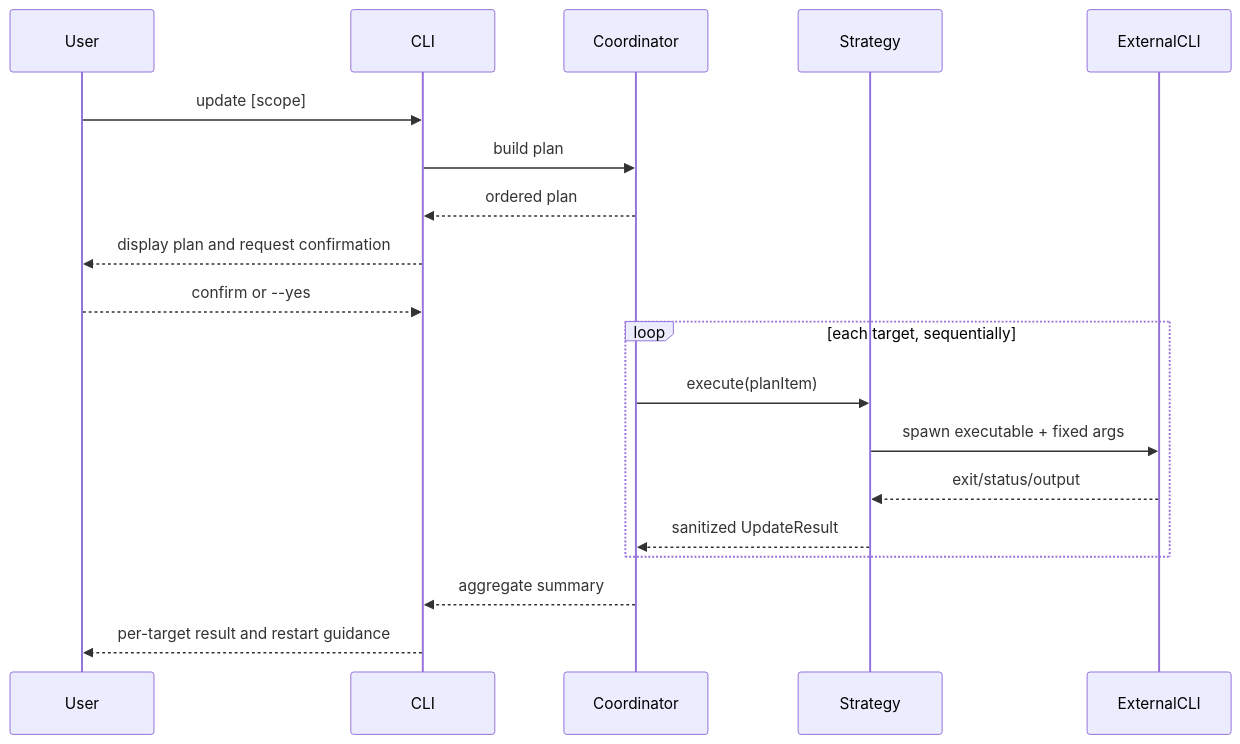
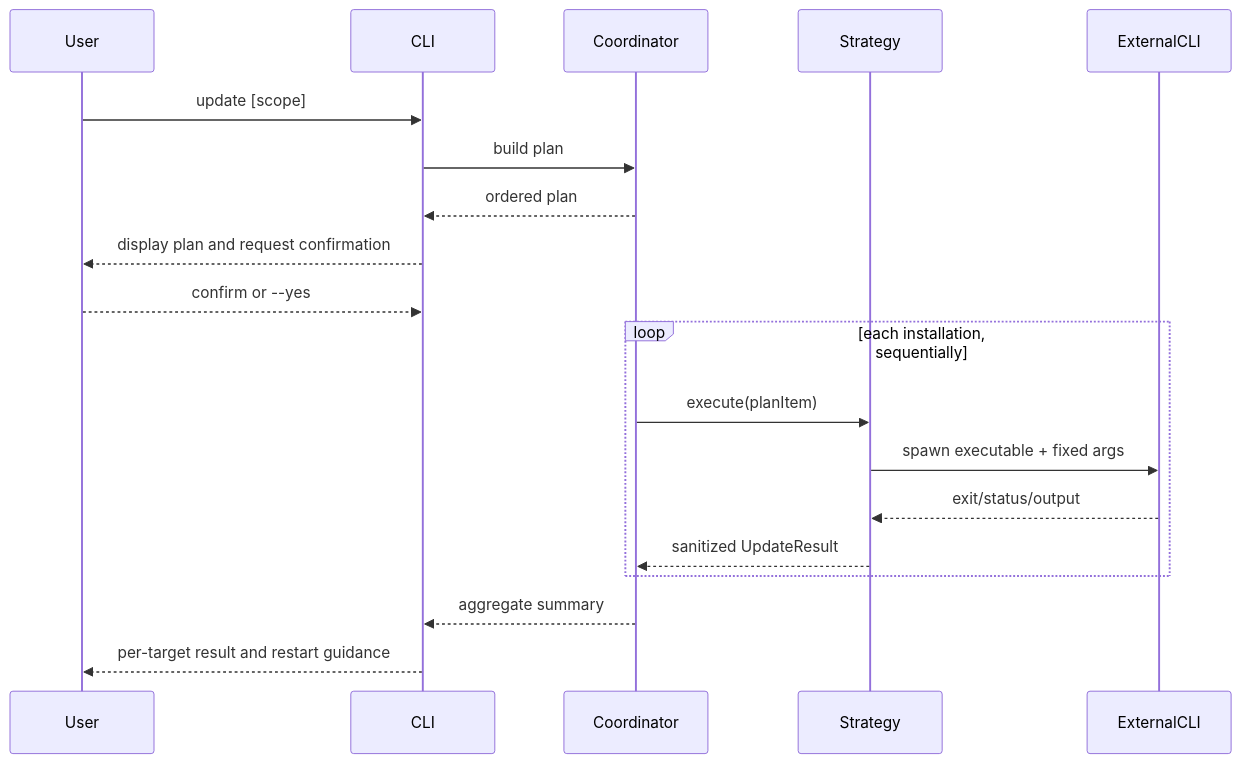
One commit to nodesource/nsolid-plugin changed the second of 4 diagrams in openspec/changes/add-update-flow/design.md. Above: the diagram before and after it, drawn with Mermaid. The commit also changed other lines of this file and 3 other files, not shown here.

First line of the commit message:
docs(openspec): harden add-update-flow contracts

````diff
--- a/openspec/changes/add-update-flow/design.md
+++ b/openspec/changes/add-update-flow/design.md
@@ -286,22 +349,22 @@
 ```mermaid
 sequenceDiagram
     participant User
     participant CLI
     participant Coordinator
     participant Strategy
     participant ExternalCLI
 
     User->>CLI: update [scope]
     CLI->>Coordinator: build plan
     Coordinator-->>CLI: ordered plan
     CLI-->>User: display plan and request confirmation
     User-->>CLI: confirm or --yes
-    loop each target, sequentially
+    loop each installation, sequentially
         Coordinator->>Strategy: execute(planItem)
         Strategy->>ExternalCLI: spawn executable + fixed args
         ExternalCLI-->>Strategy: exit/status/output
         Strategy-->>Coordinator: sanitized UpdateResult
     end
     Coordinator-->>CLI: aggregate summary
     CLI-->>User: per-target result and restart guidance
 ```
````
